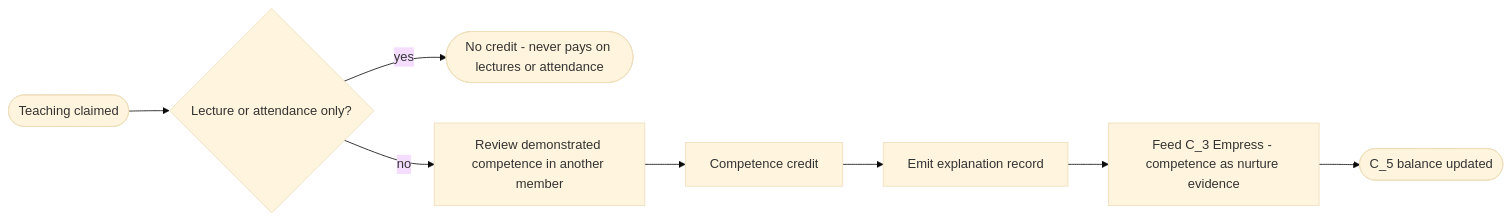
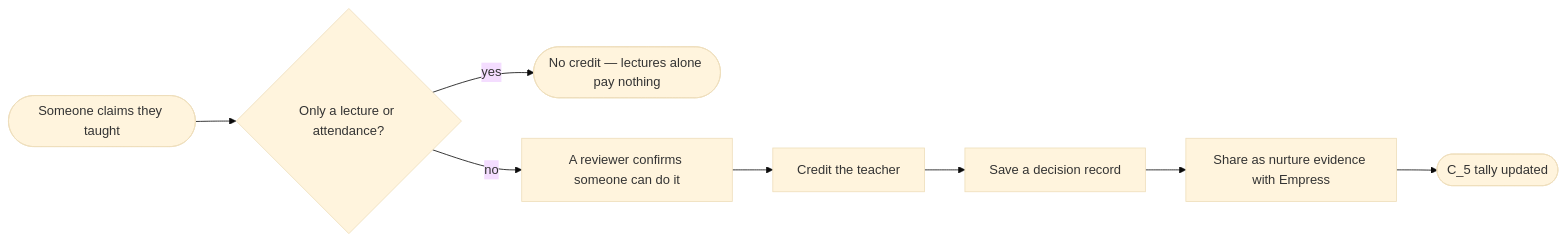
Before and after one commit to vijayee/resonantdao-example: the eighth of 24 diagrams in docs/contribution-economy/README.md, drawn with Mermaid (base theme). The commit also changed other lines of this file, not shown here.

````diff
--- a/docs/contribution-economy/README.md
+++ b/docs/contribution-economy/README.md
@@ -175,6 +172,6 @@
 ```mermaid
 flowchart LR
-  S([Teaching claimed]) --> G1{Lecture or attendance only?}
-  G1 -->|yes| E1([No credit - never pays on lectures or attendance])
-  G1 -->|no| RV[Review demonstrated competence in another member] --> CC[Competence credit] --> RC[Emit explanation record] --> F3[Feed C_3 Empress - competence as nurture evidence] --> E2([C_5 balance updated])
+  S([Someone claims they taught]) --> G1{Only a lecture or attendance?}
+  G1 -->|yes| E1([No credit — lectures alone pay nothing])
+  G1 -->|no| RV[A reviewer confirms someone can do it] --> CC[Credit the teacher] --> RC[Save a decision record] --> F3[Share as nurture evidence with Empress] --> E2([C_5 tally updated])
 ```
````
